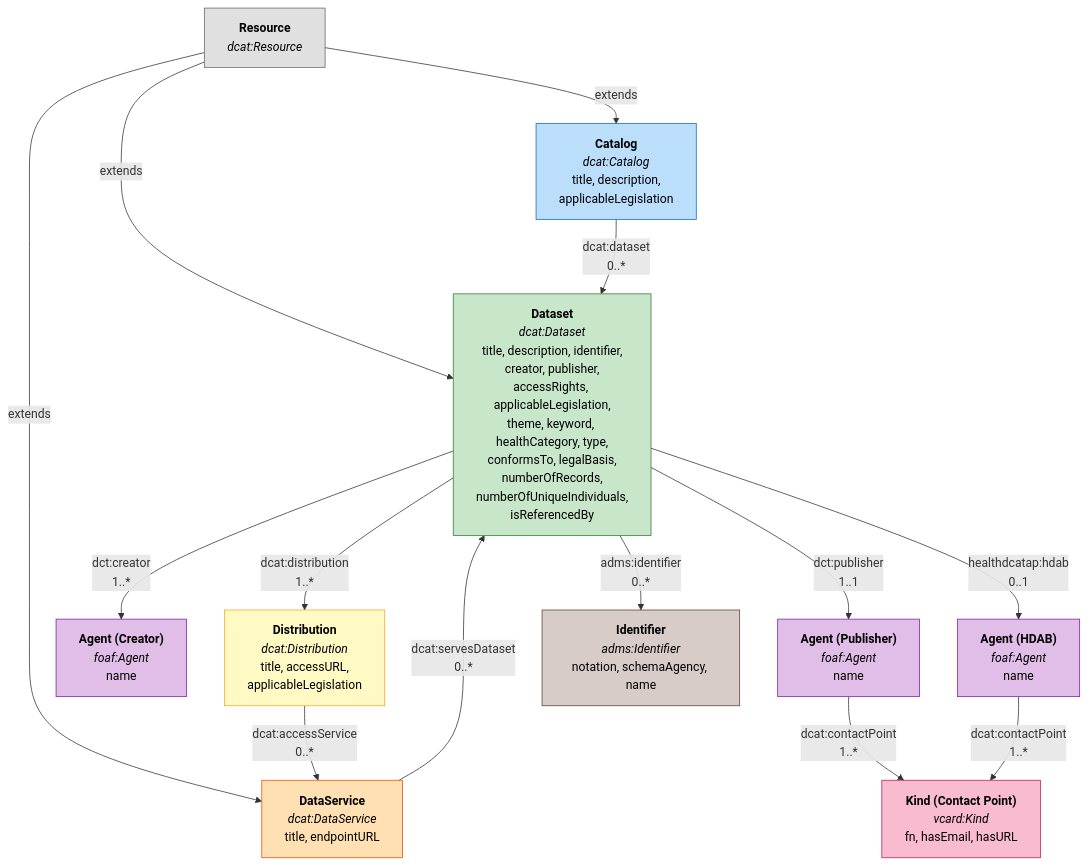
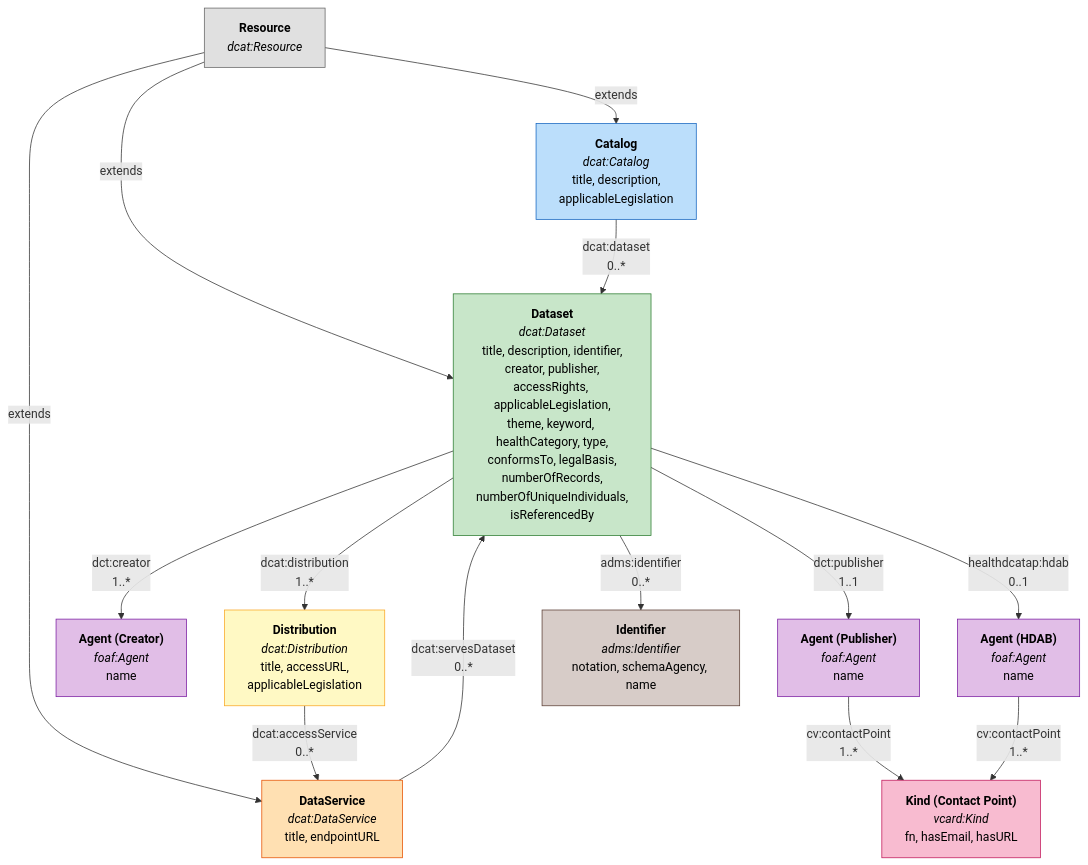
Before and after one commit to GenomicDataInfrastructure/gdi-metadata: the diagram in Documentation/gdi-metadata-overview.md, drawn with Mermaid. The commit also changed other lines of this file and 2 other files, not shown here.

Commit message:
Updated contactpoint  according to HealthDCAt release 6

````diff
--- a/Documentation/gdi-metadata-overview.md
+++ b/Documentation/gdi-metadata-overview.md
@@ -11,44 +11,44 @@
 ```mermaid
 graph TD
     Resource["<b>Resource</b><br/><i>dcat:Resource</i>"]
 
     Catalog["<b>Catalog</b><br/><i>dcat:Catalog</i><br/>title, description,<br/>applicableLegislation"]
     Dataset["<b>Dataset</b><br/><i>dcat:Dataset</i><br/>title, description, identifier,<br/>creator, publisher,<br/>accessRights, applicableLegislation,<br/>theme, keyword, healthCategory, type,<br/>conformsTo, legalBasis,<br/>numberOfRecords,<br/>numberOfUniqueIndividuals,<br/>isReferencedBy"]
     DataService["<b>DataService</b><br/><i>dcat:DataService</i><br/>title, endpointURL"]
 
     Distribution["<b>Distribution</b><br/><i>dcat:Distribution</i><br/>title, accessURL,<br/>applicableLegislation"]
 
     AgentCreator["<b>Agent (Creator)</b><br/><i>foaf:Agent</i><br/>name"]
     AgentPublisher["<b>Agent (Publisher)</b><br/><i>foaf:Agent</i><br/>name"]
     AgentHDAB["<b>Agent (HDAB)</b><br/><i>foaf:Agent</i><br/>name"]
     Kind["<b>Kind (Contact Point)</b><br/><i>vcard:Kind</i><br/>fn, hasEmail, hasURL"]
     Identifier["<b>Identifier</b><br/><i>adms:Identifier</i><br/>notation, schemaAgency, name"]
 
     Resource -->|"extends"| Catalog
     Resource -->|"extends"| Dataset
     Resource -->|"extends"| DataService
 
     Catalog -->|"dcat:dataset<br/>0..*"| Dataset
     Dataset -->|"dcat:distribution<br/>1..*"| Distribution
     Dataset -->|"dct:creator<br/>1..*"| AgentCreator
     Dataset -->|"dct:publisher<br/>1..1"| AgentPublisher
     Dataset -->|"healthdcatap:hdab<br/>0..1"| AgentHDAB
     Dataset -->|"adms:identifier<br/>0..*"| Identifier
 
     Distribution -->|"dcat:accessService<br/>0..*"| DataService
     DataService -->|"dcat:servesDataset<br/>0..*"| Dataset
 
-    AgentPublisher -->|"dcat:contactPoint<br/>1..*"| Kind
-    AgentHDAB -->|"dcat:contactPoint<br/>1..*"| Kind
+    AgentPublisher -->|"cv:contactPoint<br/>1..*"| Kind
+    AgentHDAB -->|"cv:contactPoint<br/>1..*"| Kind
 
     style Resource fill:#e0e0e0,stroke:#666,color:#000
     style Catalog fill:#bbdefb,stroke:#1565c0,color:#000
     style Dataset fill:#c8e6c9,stroke:#2e7d32,color:#000
     style Distribution fill:#fff9c4,stroke:#f9a825,color:#000
     style DataService fill:#ffe0b2,stroke:#e65100,color:#000
     style AgentCreator fill:#e1bee7,stroke:#7b1fa2,color:#000
     style AgentPublisher fill:#e1bee7,stroke:#7b1fa2,color:#000
     style AgentHDAB fill:#e1bee7,stroke:#7b1fa2,color:#000
     style Kind fill:#f8bbd0,stroke:#c2185b,color:#000
     style Identifier fill:#d7ccc8,stroke:#5d4037,color:#000
 ```
````
